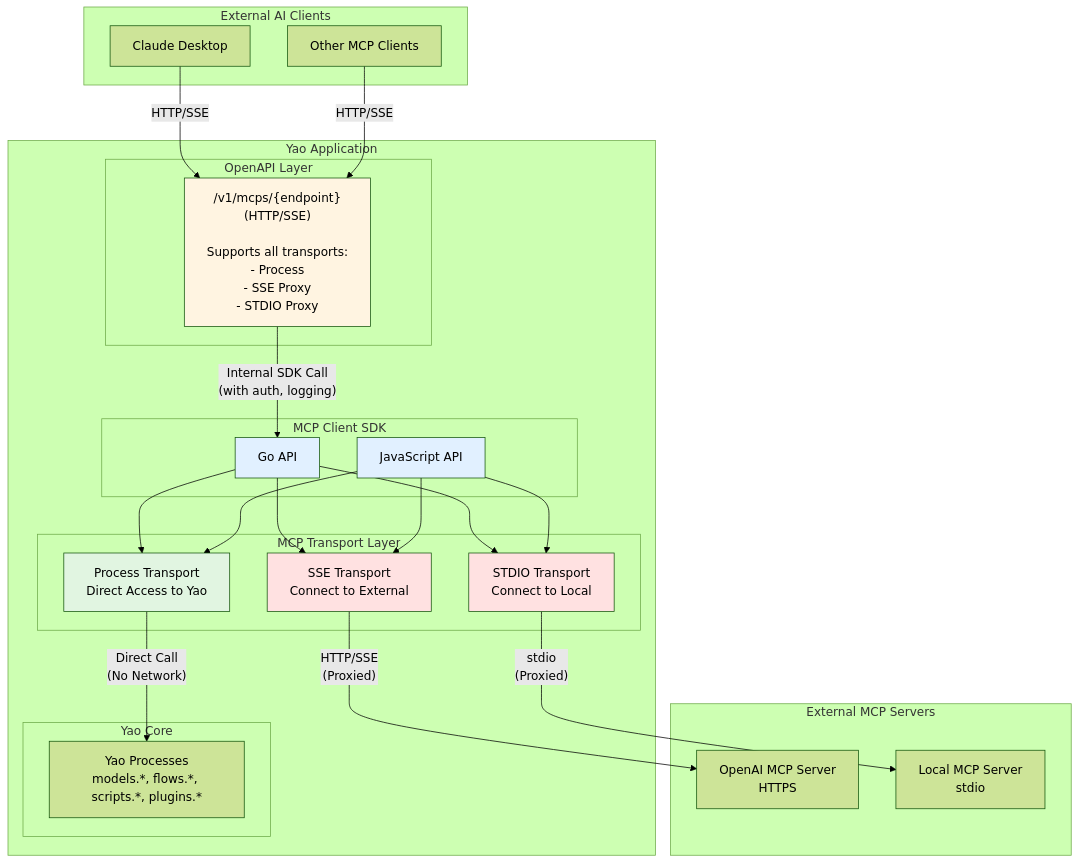
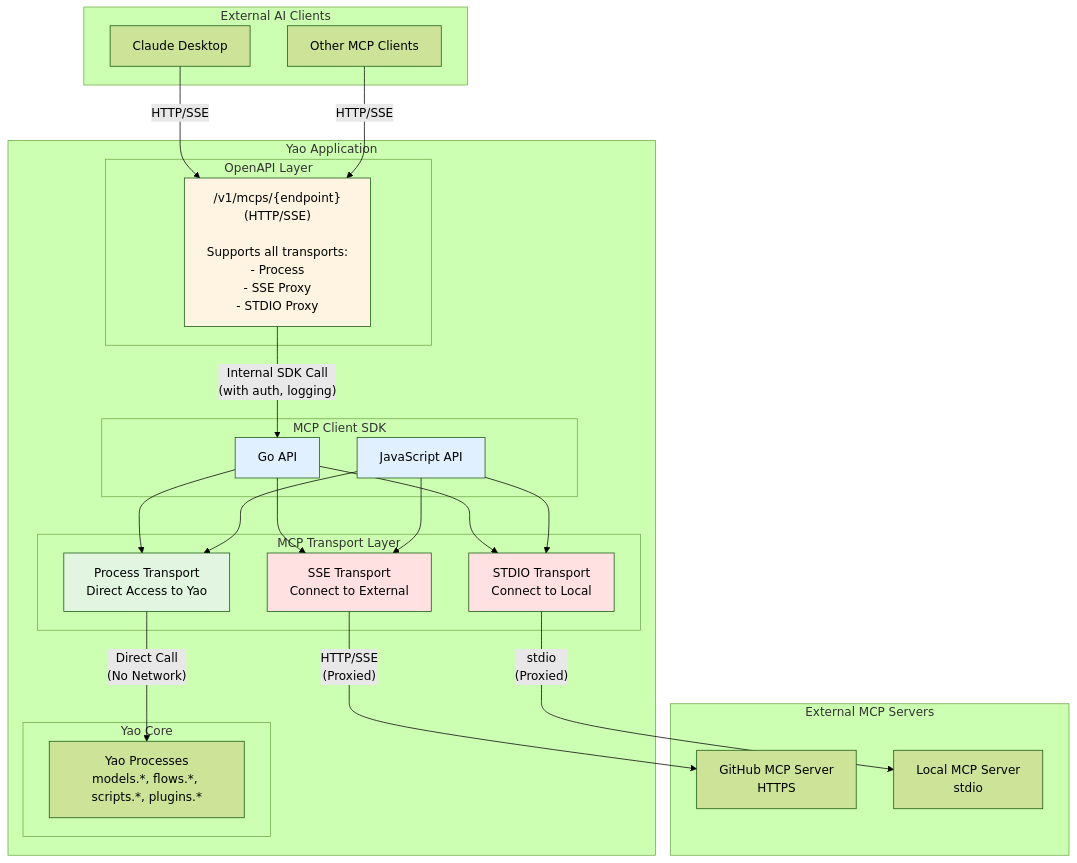
Before and after one commit to YaoApp/gou: the first of 2 diagrams in mcp/README.md, drawn with Mermaid (forest theme). The commit also changed other lines of this file, not shown here.

First line of the commit message:
refactor: update README.md to reflect changes in external MCP server references

````diff
--- a/mcp/README.md
+++ b/mcp/README.md
@@ -28,55 +28,55 @@
 ```mermaid
 graph TB
     subgraph "External AI Clients"
         AI1[Claude Desktop]
         AI2[Other MCP Clients]
     end
 
     subgraph "Yao Application"
         subgraph "OpenAPI Layer"
             HTTP["/v1/mcps/{endpoint}<br/>(HTTP/SSE)<br/><br/>Supports all transports:<br/>- Process<br/>- SSE Proxy<br/>- STDIO Proxy"]
         end
 
         subgraph "MCP Client SDK"
             GoAPI[Go API]
             JSAPI[JavaScript API]
         end
 
         subgraph "MCP Transport Layer"
             PT[Process Transport<br/>Direct Access to Yao]
             SSE[SSE Transport<br/>Connect to External]
             STDIO[STDIO Transport<br/>Connect to Local]
         end
 
         subgraph "Yao Core"
             Processes[Yao Processes<br/>models.*, flows.*, scripts.*, plugins.*]
         end
     end
 
     subgraph "External MCP Servers"
-        ExtMCP1[OpenAI MCP Server<br/>HTTPS]
+        ExtMCP1[GitHub MCP Server<br/>HTTPS]
         ExtMCP2[Local MCP Server<br/>stdio]
     end
 
     AI1 -->|HTTP/SSE| HTTP
     AI2 -->|HTTP/SSE| HTTP
     HTTP -->|"Internal SDK Call<br/>(with auth, logging)"| GoAPI
 
     GoAPI --> PT
     GoAPI --> SSE
     GoAPI --> STDIO
     JSAPI --> PT
     JSAPI --> SSE
     JSAPI --> STDIO
 
     PT -->|"Direct Call<br/>(No Network)"| Processes
     SSE -->|"HTTP/SSE<br/>(Proxied)"| ExtMCP1
     STDIO -->|"stdio<br/>(Proxied)"| ExtMCP2
 
     style PT fill:#e1f5e1
     style HTTP fill:#fff4e1
     style GoAPI fill:#e1f0ff
     style JSAPI fill:#e1f0ff
     style SSE fill:#ffe1e1
     style STDIO fill:#ffe1e1
 ```
````
